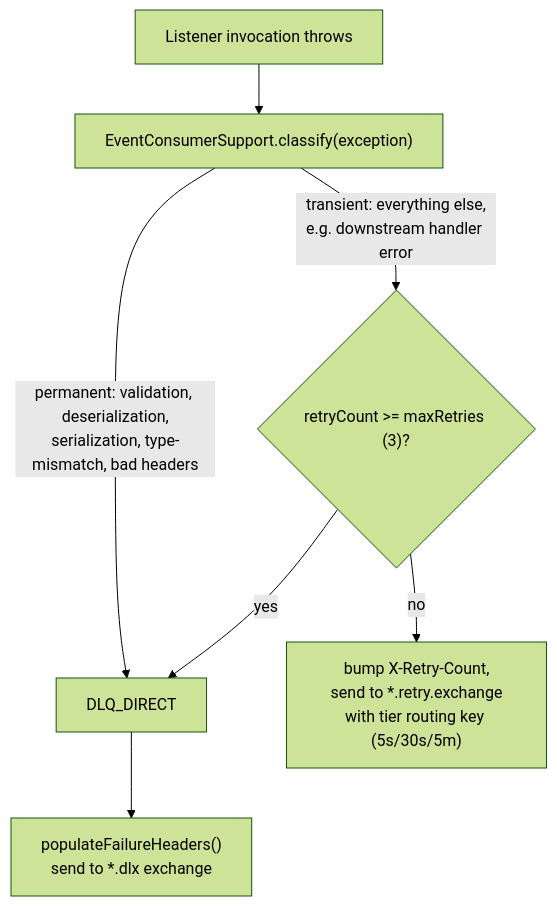
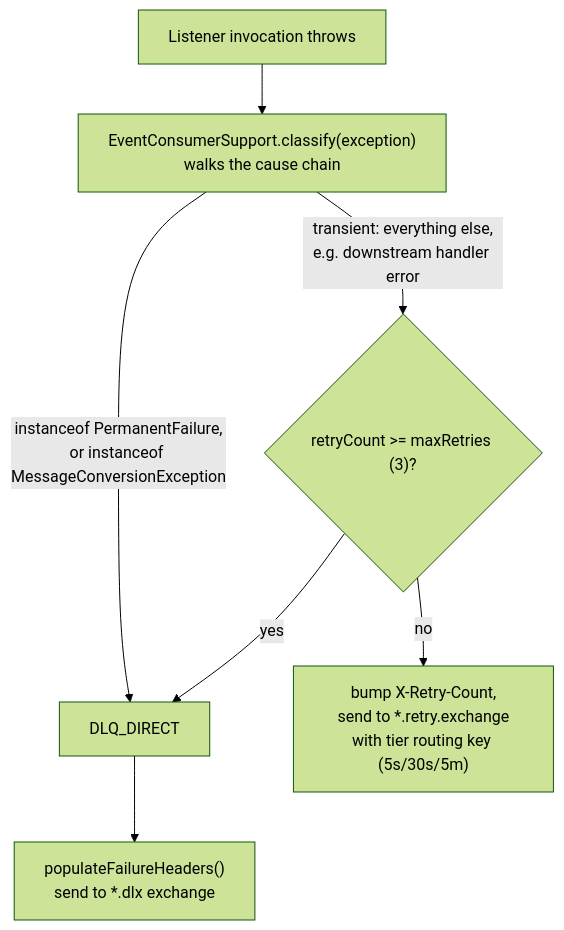
One commit to anarefin/schema-registry-demo changed the fourth of 4 diagrams in docs/TUTORIAL.md. Above: the diagram before and after it, drawn with Mermaid (forest theme). The commit also changed other lines of this file and 76 other files, not shown here.

````diff
--- a/docs/TUTORIAL.md
+++ b/docs/TUTORIAL.md
@@ -409,9 +444,9 @@
 ```mermaid
 flowchart TD
-    A[Listener invocation throws] --> B["EventConsumerSupport.classify(exception)"]
-    B -->|permanent: validation, deserialization,<br/>serialization, type-mismatch, bad headers| C[DLQ_DIRECT]
+    A[Listener invocation throws] --> B["EventConsumerSupport.classify(exception)<br/>walks the cause chain"]
+    B -->|"instanceof PermanentFailure,<br/>or instanceof MessageConversionException"| C[DLQ_DIRECT]
     B -->|transient: everything else,<br/>e.g. downstream handler error| D{"retryCount >= maxRetries (3)?"}
     D -->|yes| C
     D -->|no| E["bump X-Retry-Count,<br/>send to *.retry.exchange<br/>with tier routing key (5s/30s/5m)"]
     C --> F["populateFailureHeaders()<br/>send to *.dlx exchange"]
 ```
````
